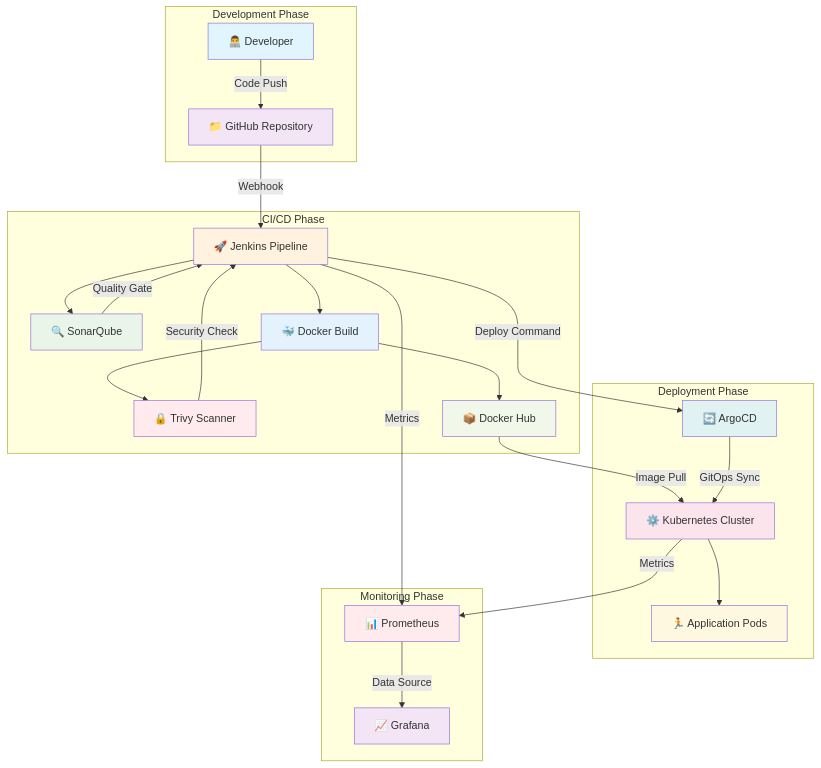
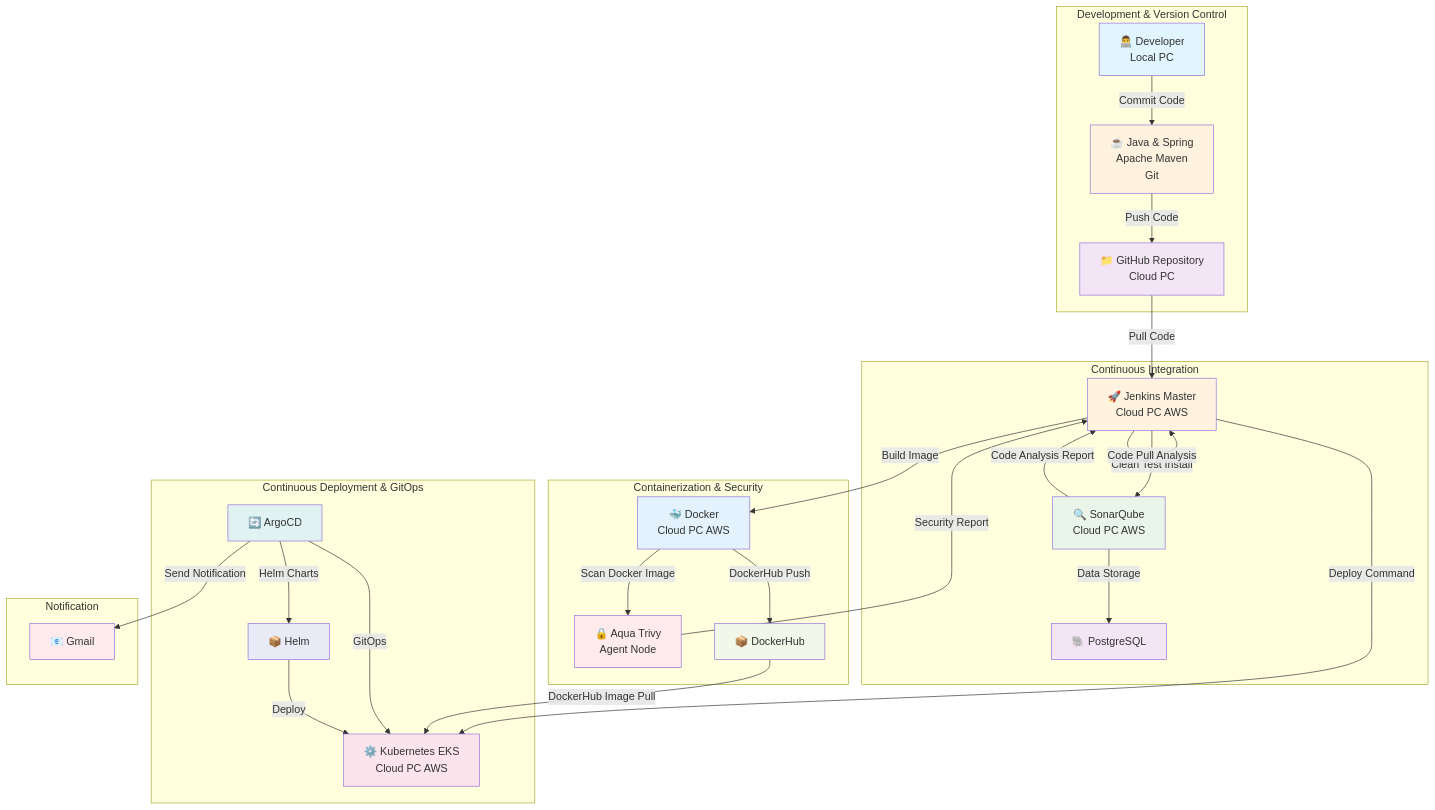
The first of 7 diagrams in README.md (onurglr/aws-pipeline), drawn with Mermaid before and after one commit. The commit also changed other lines of this file, not shown here.

````diff
--- a/README.md
+++ b/README.md
@@ -23,56 +26,65 @@
 ```mermaid
 graph TB
-    subgraph "Development Phase"
-        Dev[👨‍💻 Developer]
-        GH[📁 GitHub Repository]
-        Dev -->|Code Push| GH
+    subgraph "Development & Version Control"
+        Dev[👨‍💻 Developer<br/>Local PC]
+        Java[☕ Java & Spring<br/>Apache Maven<br/>Git]
+        GH[📁 GitHub Repository<br/>Cloud PC]
+        
+        Dev -->|Commit Code| Java
+        Java -->|Push Code| GH
     end
     
-    subgraph "CI/CD Phase"
-        J[🚀 Jenkins Pipeline]
-        SQ[🔍 SonarQube]
-        D[🐳 Docker Build]
-        T[🔒 Trivy Scanner]
-        DH[📦 Docker Hub]
+    subgraph "Continuous Integration"
+        JM[🚀 Jenkins Master<br/>Cloud PC AWS]
+        SQ[🔍 SonarQube<br/>Cloud PC AWS]
+        PG[🐘 PostgreSQL]
         
-        GH -->|Webhook| J
-        J --> SQ
-        J --> D
-        D --> T
-        D --> DH
-        SQ -->|Quality Gate| J
-        T -->|Security Check| J
+        GH -->|Pull Code| JM
+        JM -->|Clean Test Install| JM
+        JM -->|Code Pull Analysis| SQ
+        SQ -->|Code Analysis Report| JM
+        SQ -->|Data Storage| PG
     end
     
-    subgraph "Deployment Phase"
-        A[🔄 ArgoCD]
-        K[⚙️ Kubernetes Cluster]
-        App[🏃 Application Pods]
+    subgraph "Containerization & Security"
+        D[🐳 Docker<br/>Cloud PC AWS]
+        T[🔒 Aqua Trivy<br/>Agent Node]
+        DH[📦 DockerHub]
         
-        J -->|Deploy Command| A
-        DH -->|Image Pull| K
-        A -->|GitOps Sync| K
-        K --> App
+        JM -->|Build Image| D
+        D -->|Scan Docker Image| T
+        T -->|Security Report| JM
+        D -->|DockerHub Push| DH
     end
     
-    subgraph "Monitoring Phase"
-        P[📊 Prometheus]
-        G[📈 Grafana]
-        J -->|Metrics| P
-        K -->|Metrics| P
-        P -->|Data Source| G
+    subgraph "Continuous Deployment & GitOps"
+        K8S[⚙️ Kubernetes EKS<br/>Cloud PC AWS]
+        A[🔄 ArgoCD]
+        H[📦 Helm]
+        
+        JM -->|Deploy Command| K8S
+        DH -->|DockerHub Image Pull| K8S
+        A -->|GitOps| K8S
+        A -->|Helm Charts| H
+        H -->|Deploy| K8S
+    end
+    
+    subgraph "Notification"
+        Gmail[📧 Gmail]
+        A -->|Send Notification| Gmail
     end
     
     style Dev fill:#e1f5fe
+    style Java fill:#fff3e0
     style GH fill:#f3e5f5
-    style J fill:#fff3e0
+    style JM fill:#fff3e0
     style SQ fill:#e8f5e8
+    style PG fill:#f3e5f5
+    style D fill:#e3f2fd
     style T fill:#ffebee
-    style D fill:#e3f2fd
     style DH fill:#f1f8e9
+    style K8S fill:#fce4ec
     style A fill:#e0f2f1
-    style K fill:#fce4ec
-    style App fill:#fff8e1
-    style P fill:#ffebee
-    style G fill:#f3e5f5
+    style H fill:#e8eaf6
+    style Gmail fill:#ffebee
 ```
````
